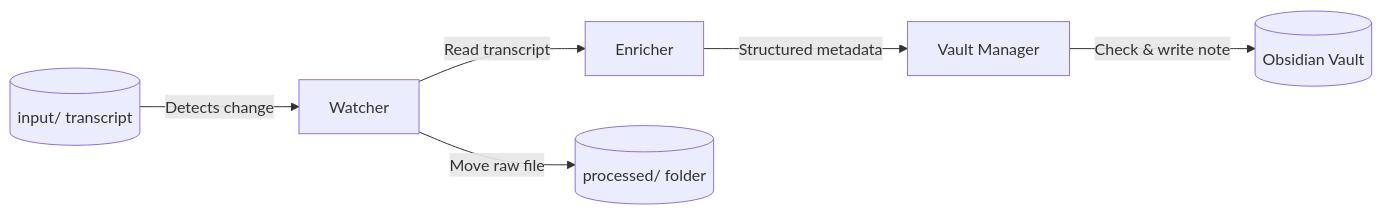
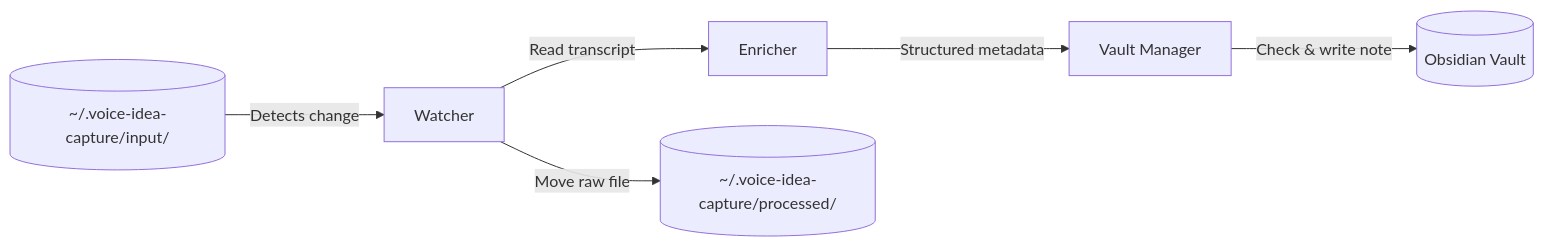
One commit to FaniBhushan/voice-idea-capture changed the first of 2 diagrams in README.md. Above: the diagram before and after it, drawn with Mermaid. The commit also changed other lines of this file and 1 other file, not shown here.

````diff
--- a/README.md
+++ b/README.md
@@ -14,8 +14,8 @@
 ```mermaid
 graph LR
-    Input[(input/ transcript)] -->|Detects change| Watcher[Watcher]
+    Input[(~/.voice-idea-capture/input/)] -->|Detects change| Watcher[Watcher]
     Watcher -->|Read transcript| Enricher[Enricher]
     Enricher -->|Structured metadata| VaultMgr[Vault Manager]
     VaultMgr -->|Check & write note| Vault[(Obsidian Vault)]
-    Watcher -->|Move raw file| Archive[(processed/ folder)]
+    Watcher -->|Move raw file| Archive[(~/.voice-idea-capture/processed/)]
 ```
````
